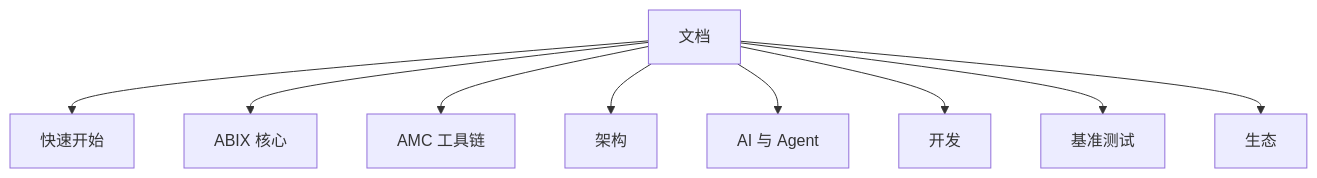
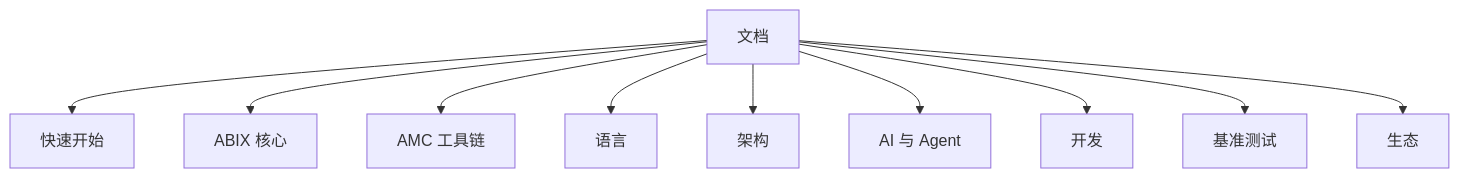
The diagram in docs/README_zh.md (Sukanle/ABIX), drawn with Mermaid before and after one commit. The commit also changed other lines of this file and 11 other files, not shown here.

````diff
--- a/docs/README_zh.md
+++ b/docs/README_zh.md
@@ -11,11 +11,12 @@
 ```mermaid
 graph TD
     R[文档] --> GS[快速开始]
     R --> AX[ABIX 核心]
     R --> AM[AMC 工具链]
+    R --> L[语言]
     R --> AR[架构]
     R --> AI[AI 与 Agent]
     R --> DV[开发]
     R --> BM[基准测试]
     R --> EC[生态]
 ```
````
